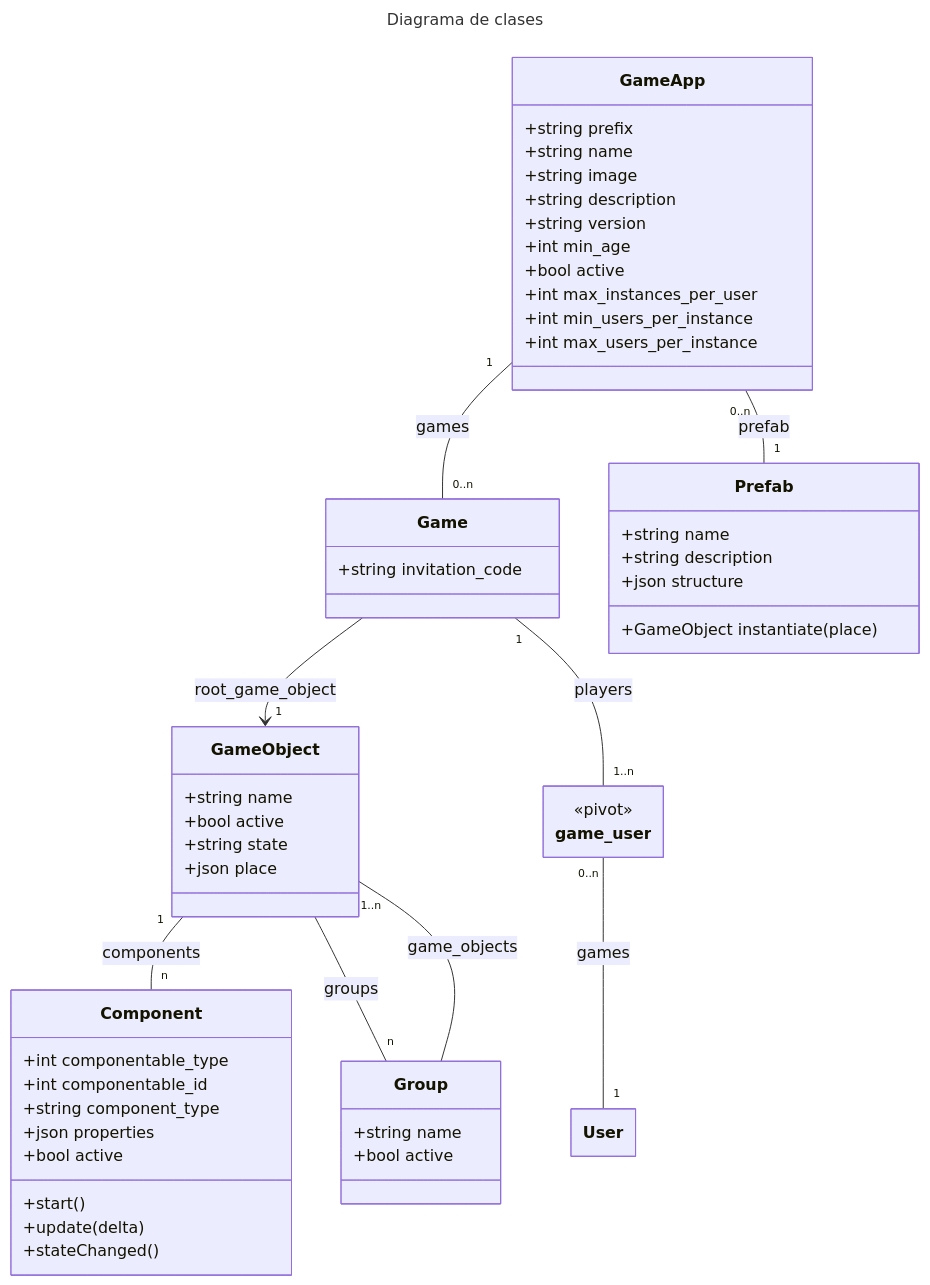
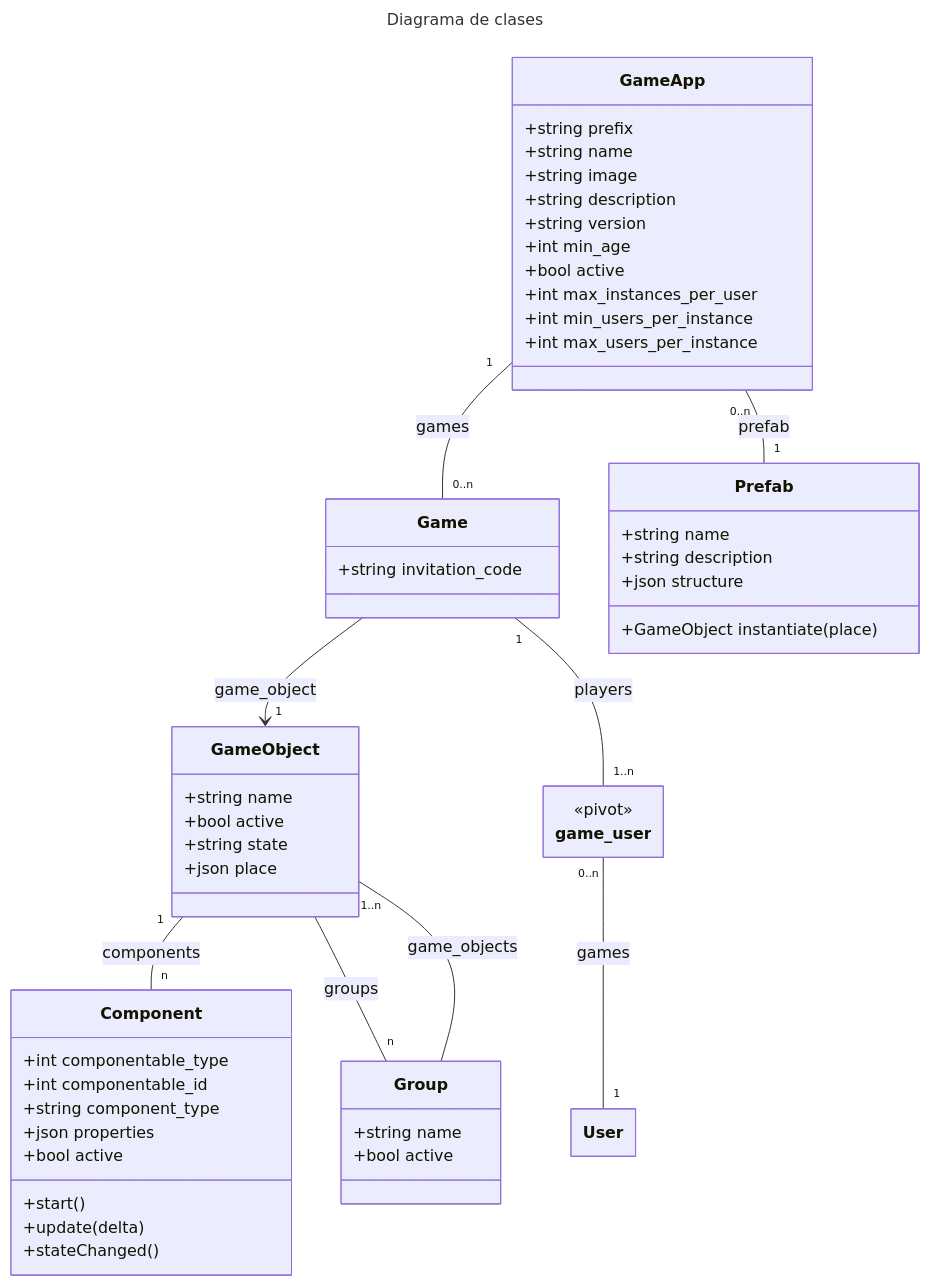
The first of 2 diagrams in docs/class_diagrams.md (eormeno/base-project), drawn with Mermaid before and after one commit. The commit also changed other lines of this file and 5 other files, not shown here.

````diff
--- a/docs/class_diagrams.md
+++ b/docs/class_diagrams.md
@@ -1,64 +1,64 @@
 ```mermaid
 ---
 title: Diagrama de clases
 config:
     class:
       hideEmptyMembersBox: true
 ---
 classDiagram
     direction TD
     class User {
     }
     class GameApp {
         +string prefix
         +string name
         +string image
         +string description
         +string version
         +int min_age
         +bool active
         +int max_instances_per_user
         +int min_users_per_instance
         +int max_users_per_instance
     }
     class Game {
         +string invitation_code
     }
     class game_user {
         <<pivot>>
     }
     class Prefab {
         +string name
         +string description
         +json structure
         +GameObject instantiate(place)
     }
     class GameObject {
         +string name
         +bool active
         +string state
         +json place
     }
     class Group {
         +string name
         +bool active
     }
     class Component {
         +int componentable_type
         +int componentable_id
         +string component_type
         +json properties
         +bool active
         +start()
         +update(delta)
         +stateChanged()
     }
-    Game --> "1" GameObject : root_game_object
+    Game --> "1" GameObject : game_object
     GameObject "1" -- "n" Component : components
     GameObject -- "n" Group : groups
     Group -- "1..n" GameObject : game_objects
     GameApp "1" -- "0..n" Game : games
     Game "1" -- "1..n" game_user : players
     GameApp "0..n" -- "1" Prefab : prefab
     game_user "0..n" -- "1" User : games
 ```
````
